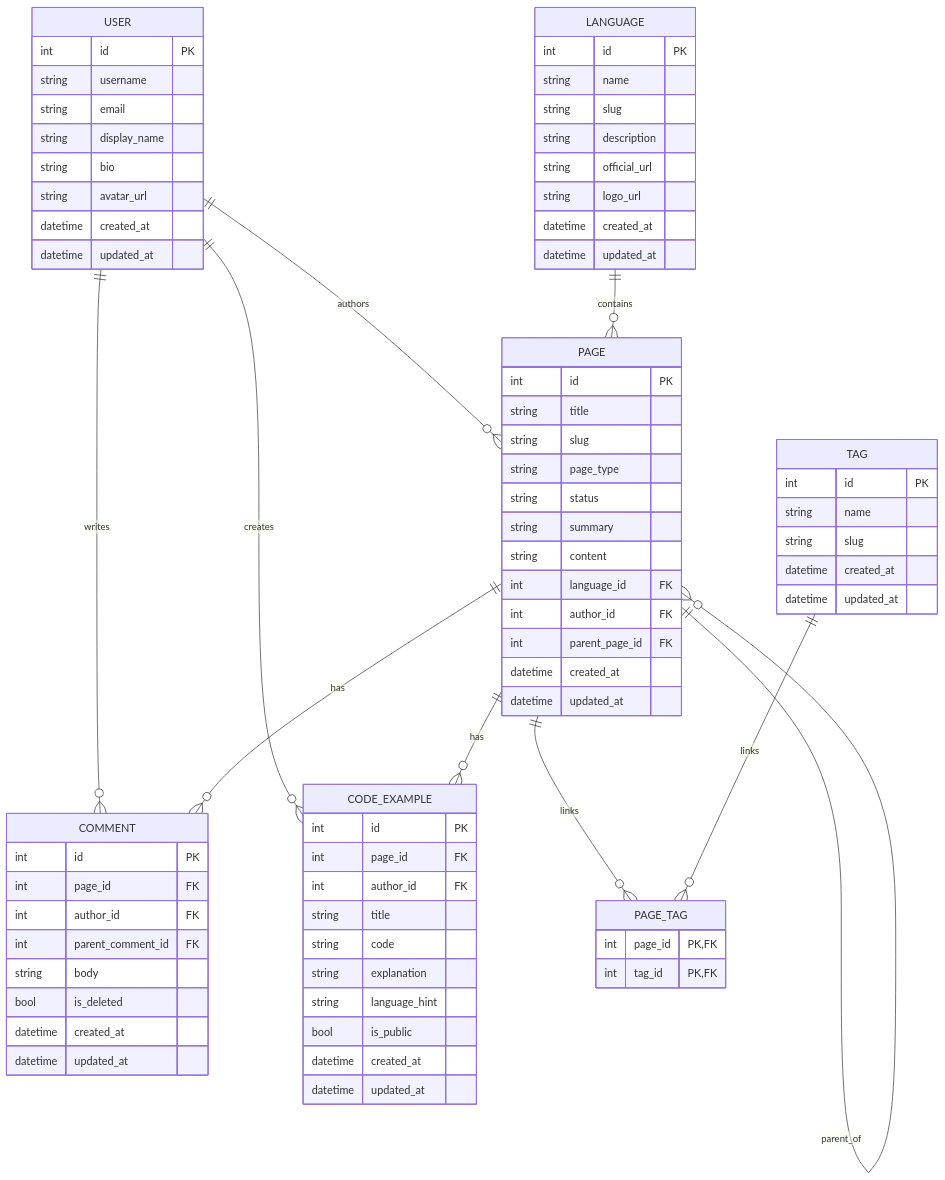
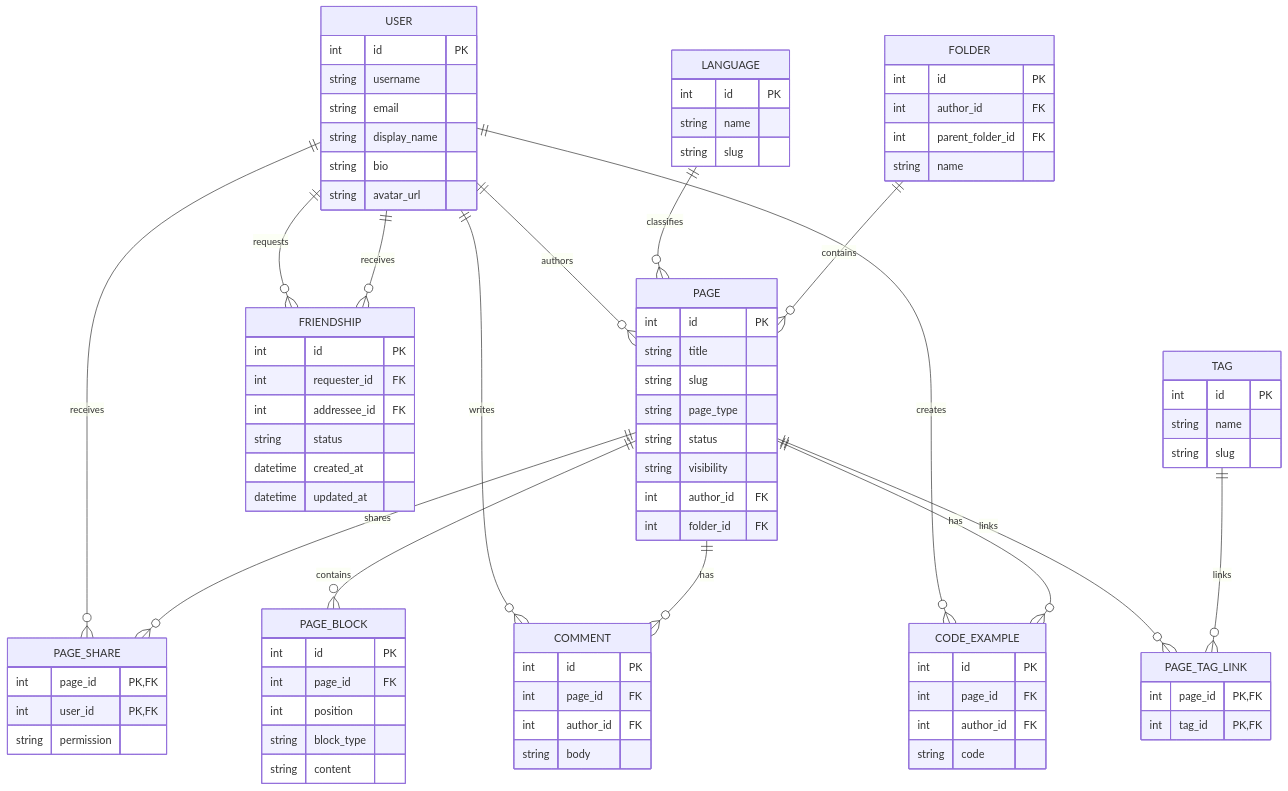
One commit to WikiDev-Team/WikiDev changed the diagram in docs/erd.mmd. Above: the diagram before and after it, drawn with Mermaid. The commit also changed 29 other files, not shown here.

```diff
--- a/docs/erd.mmd
+++ b/docs/erd.mmd
@@ -1,84 +1,96 @@
 erDiagram
     USER ||--o{ PAGE : authors
+    USER ||--o{ FRIENDSHIP : requests
+    USER ||--o{ FRIENDSHIP : receives
+    USER ||--o{ PAGE_SHARE : receives
     USER ||--o{ COMMENT : writes
     USER ||--o{ CODE_EXAMPLE : creates
-    LANGUAGE ||--o{ PAGE : contains
+    LANGUAGE ||--o{ PAGE : classifies
+    FOLDER ||--o{ PAGE : contains
+    PAGE ||--o{ PAGE_SHARE : shares
+    PAGE ||--o{ PAGE_BLOCK : contains
     PAGE ||--o{ COMMENT : has
     PAGE ||--o{ CODE_EXAMPLE : has
-    PAGE ||--o{ PAGE : parent_of
-    PAGE ||--o{ PAGE_TAG : links
-    TAG ||--o{ PAGE_TAG : links
+    PAGE ||--o{ PAGE_TAG_LINK : links
+    TAG ||--o{ PAGE_TAG_LINK : links
 
     USER {
         int id PK
         string username
         string email
         string display_name
         string bio
         string avatar_url
-        datetime created_at
-        datetime updated_at
     }
 
-    LANGUAGE {
+    FRIENDSHIP {
         int id PK
-        string name
-        string slug
-        string description
-        string official_url
-        string logo_url
-        datetime created_at
-        datetime updated_at
-    }
-
-    TAG {
-        int id PK
-        string name
-        string slug
+        int requester_id FK
+        int addressee_id FK
+        string status
         datetime created_at
         datetime updated_at
     }
 
     PAGE {
         int id PK
         string title
         string slug
         string page_type
         string status
-        string summary
+        string visibility
+        int author_id FK
+        int folder_id FK
+    }
+
+    PAGE_SHARE {
+        int page_id PK, FK
+        int user_id PK, FK
+        string permission
+    }
+
+    PAGE_BLOCK {
+        int id PK
+        int page_id FK
+        int position
+        string block_type
         string content
-        int language_id FK
+    }
+
+    LANGUAGE {
+        int id PK
+        string name
+        string slug
+    }
+
+    FOLDER {
+        int id PK
         int author_id FK
-        int parent_page_id FK
-        datetime created_at
-        datetime updated_at
+        int parent_folder_id FK
+        string name
+    }
+
+    TAG {
+        int id PK
+        string name
+        string slug
+    }
+
+    PAGE_TAG_LINK {
+        int page_id PK, FK
+        int tag_id PK, FK
     }
 
     COMMENT {
         int id PK
         int page_id FK
         int author_id FK
-        int parent_comment_id FK
         string body
-        bool is_deleted
-        datetime created_at
-        datetime updated_at
     }
 
     CODE_EXAMPLE {
         int id PK
         int page_id FK
         int author_id FK
-        string title
         string code
-        string explanation
-        string language_hint
-        bool is_public
-        datetime created_at
-        datetime updated_at
     }
-
-    PAGE_TAG {
-        int page_id PK, FK
-        int tag_id PK, FK
-    }
```
